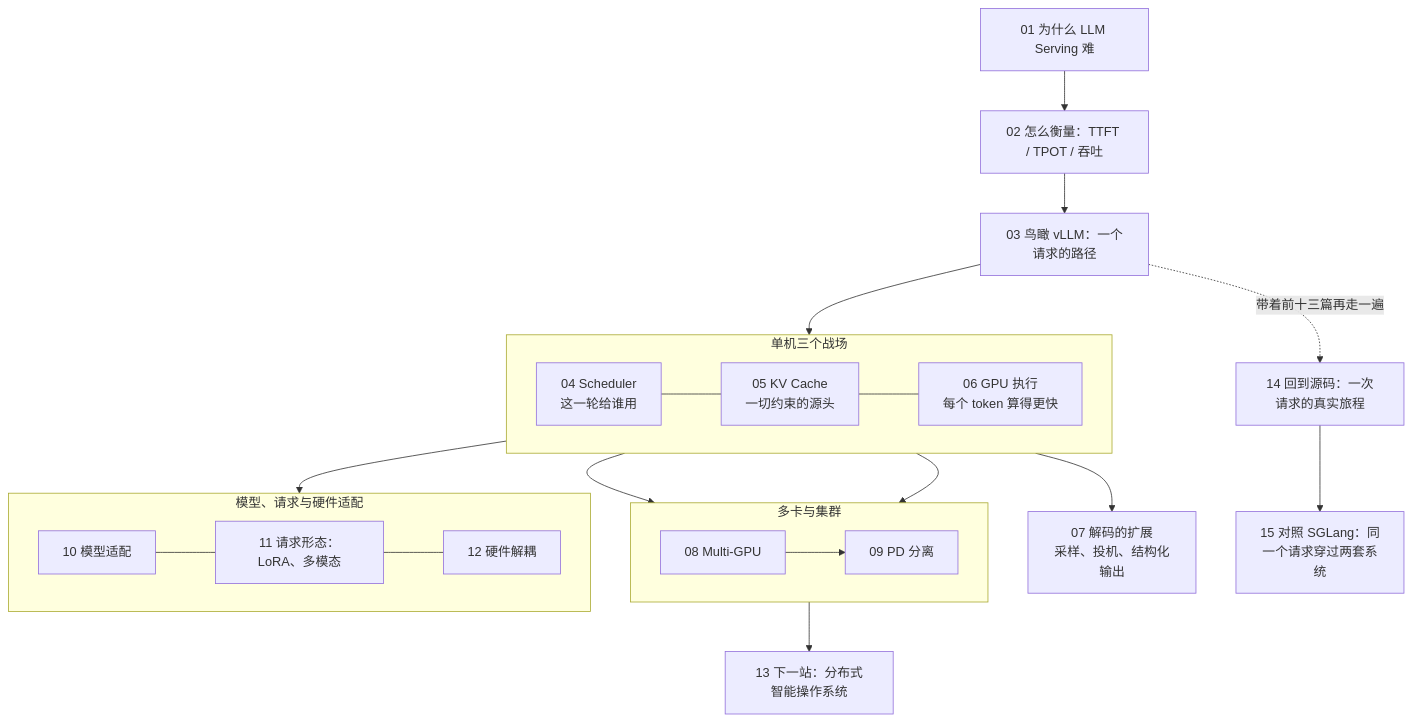
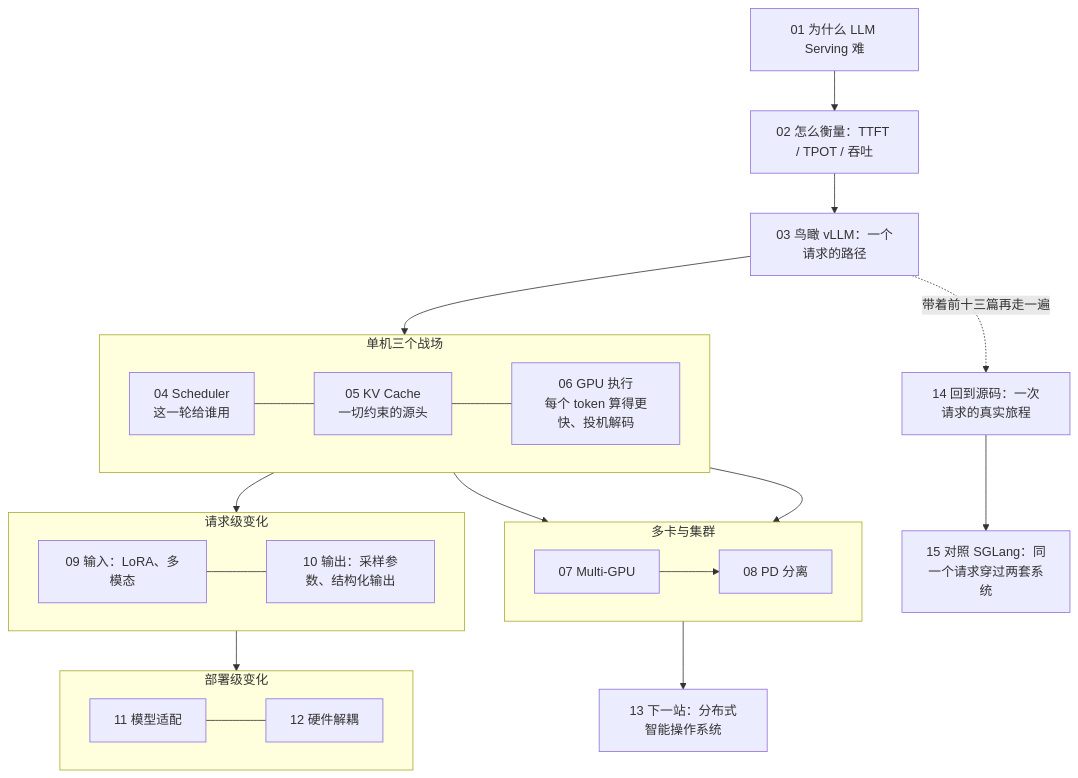
The first of 2 diagrams in _posts/2026-08-25-deep-dive-into-vllm-series-recap-and-self-test.md (arganzheng/arganzheng.github.com), drawn with Mermaid before and after one commit. The commit also changed other lines of this file and 20 other files, not shown here.

````diff
--- a/_posts/2026-08-25-deep-dive-into-vllm-series-recap-and-self-test.md
+++ b/_posts/2026-08-25-deep-dive-into-vllm-series-recap-and-self-test.md
@@ -20,27 +20,31 @@
 ```mermaid
 %%{init: {"flowchart": {"wrappingWidth": 150}}}%%
-%% 图：vLLM 系列全景：问题 → 指标 → 全景 → 单机三个战场 → 多卡与集群 → 模型、请求与硬件适配 → 演进 → 源码 → 对照 SGLang
+%% 图：vLLM 系列全景：问题 → 指标 → 全景 → 单机三个战场 → 多卡与集群 → 输入、输出、模型与硬件适配 → 演进 → 源码 → 对照 SGLang
 flowchart TB
     V1["01 为什么 LLM Serving 难"] --> V2["02 怎么衡量：TTFT / TPOT / 吞吐"] --> V3["03 鸟瞰 vLLM：一个请求的路径"]
     subgraph ONE["单机三个战场"]
         direction LR
-        V4["04 Scheduler<br/>这一轮给谁用"] --- V5["05 KV Cache<br/>一切约束的源头"] --- V6["06 GPU 执行<br/>每个 token 算得更快"]
+        V4["04 Scheduler<br/>这一轮给谁用"] --- V5["05 KV Cache<br/>一切约束的源头"] --- V6["06 GPU 执行<br/>每个 token 算得更快、投机解码"]
     end
     V3 --> ONE
-    V6 --> V7["07 解码的扩展<br/>采样、投机、结构化输出"]
     subgraph SCALE["多卡与集群"]
         direction LR
-        V8["08 Multi-GPU"] --> V9["09 PD 分离"]
+        V7["07 Multi-GPU"] --> V8["08 PD 分离"]
     end
-    subgraph ADAPT["模型、请求与硬件适配"]
+    subgraph REQ["请求级变化"]
         direction LR
-        V10["10 模型适配"] --- V11["11 请求形态：LoRA、多模态"] --- V12["12 硬件解耦"]
+        V9["09 输入：LoRA、多模态"] --- V10["10 输出：采样参数、结构化输出"]
+    end
+    subgraph DEP["部署级变化"]
+        direction LR
+        V11["11 模型适配"] --- V12["12 硬件解耦"]
     end
     ONE --> SCALE
-    V5 --> V9
-    ONE --> ADAPT
+    V5 --> V8
+    ONE --> REQ
+    REQ --> DEP
     SCALE --> V13["13 下一站：分布式智能操作系统"]
     V3 -. "带着前十三篇再走一遍" .-> V14["14 回到源码：一次请求的真实旅程"]
     V14 --> V15["15 对照 SGLang：同一个请求穿过两套系统"]
 
 ```
````
